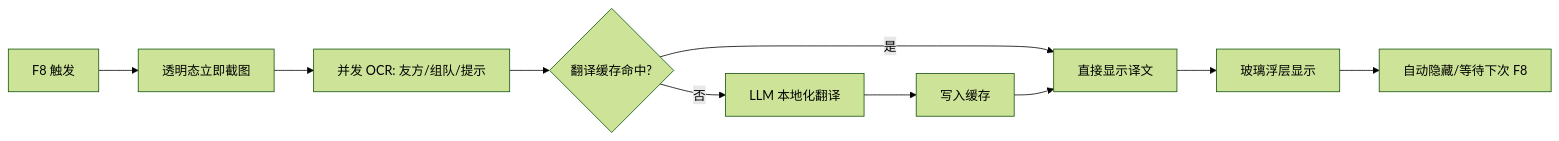
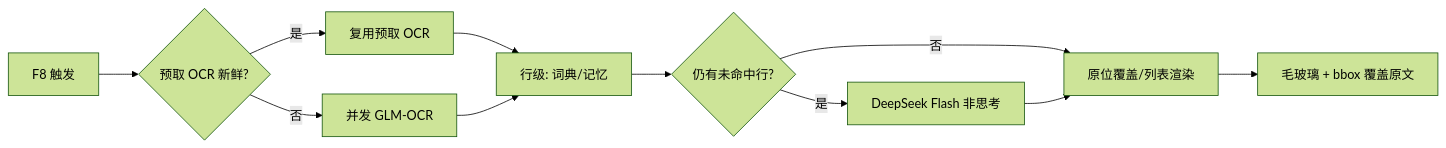
The diagram in README.md (Donutcheese/overwatch_translate_tool), drawn with Mermaid (forest theme) before and after one commit. The commit also changed other lines of this file and 6 other files, not shown here.

````diff
--- a/README.md
+++ b/README.md
@@ -97,12 +105,13 @@
 ```mermaid
 flowchart LR
-    A["F8 触发"] --> B["透明态立即截图"]
-    B --> C["并发 OCR: 友方/组队/提示"]
-    C --> D{"翻译缓存命中?"}
-    D -- "是" --> E["直接显示译文"]
-    D -- "否" --> F["LLM 本地化翻译"]
-    F --> G["写入缓存"]
-    G --> E
-    E --> H["玻璃浮层显示"]
-    H --> I["自动隐藏/等待下次 F8"]
+    A["F8 触发"] --> B{"预取 OCR 新鲜?"}
+    B -- "是" --> C["复用预取 OCR"]
+    B -- "否" --> D["并发 GLM-OCR"]
+    C --> E["行级: 词典/记忆"]
+    D --> E
+    E --> F{"仍有未命中行?"}
+    F -- "否" --> G["原位覆盖/列表渲染"]
+    F -- "是" --> H["DeepSeek Flash 非思考"]
+    H --> G
+    G --> I["毛玻璃 + bbox 覆盖原文"]
 ```
````
